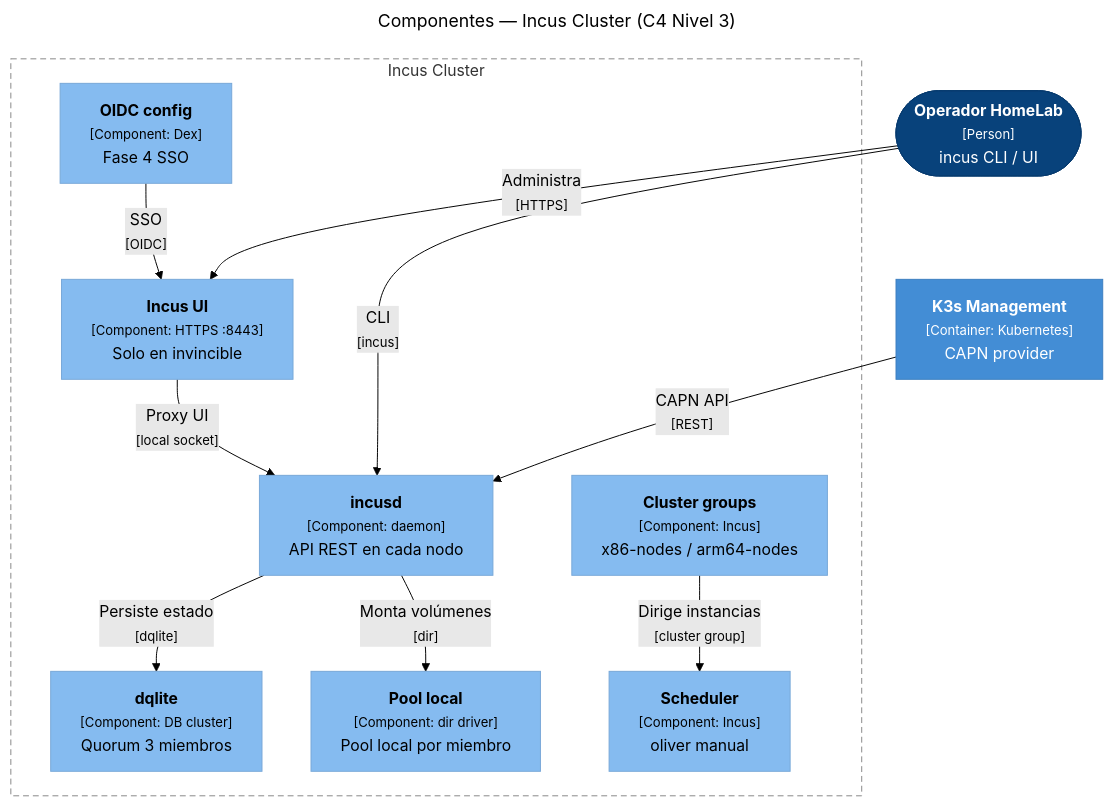
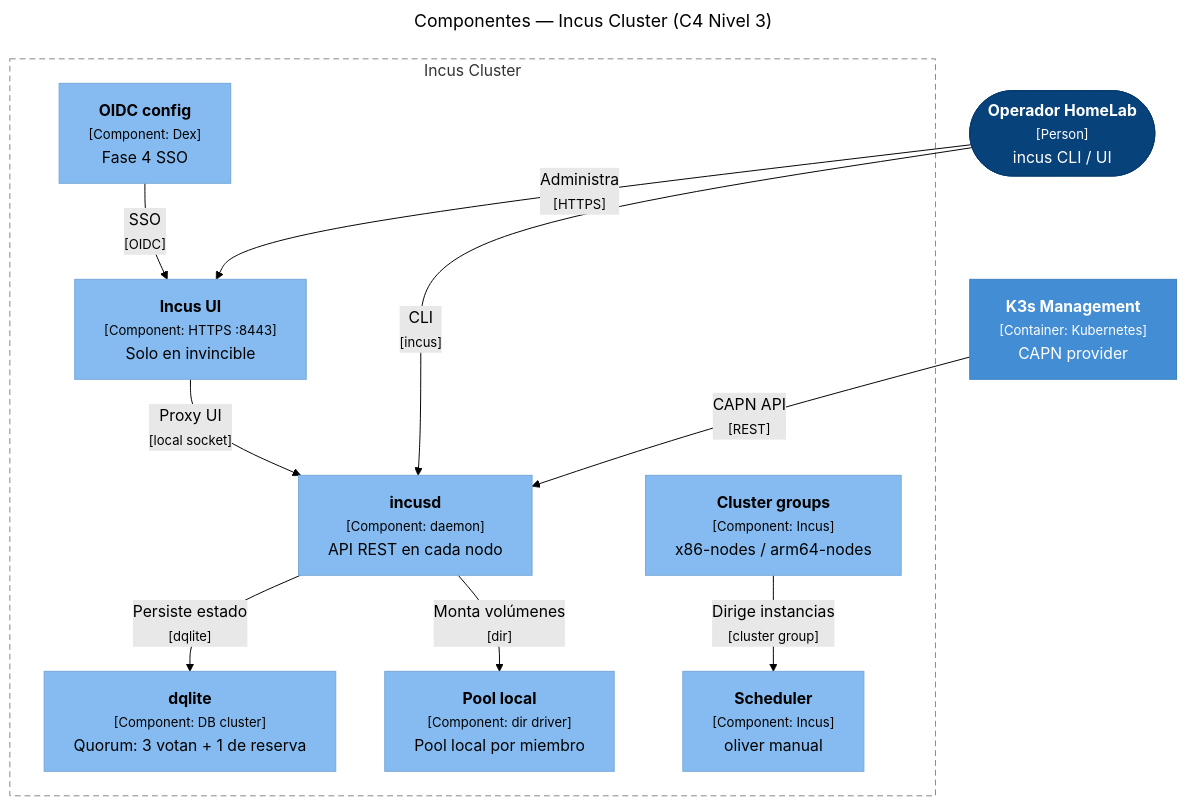
The second of 6 diagrams in docs/architecture/nivel-3-componentes.en.md (maceosoft/homelab), drawn with Mermaid (forest theme) before and after one commit. The commit also changed other lines of this file and 161 other files, not shown here.

````diff
--- a/docs/architecture/nivel-3-componentes.en.md
+++ b/docs/architecture/nivel-3-componentes.en.md
@@ -78,39 +72,39 @@
 ```mermaid
 ---
 title: Componentes — Incus Cluster (C4 Nivel 3)
 config:
   flowchart:
     wrappingWidth: 280
 ---
 flowchart TB
     operador(["<span style='color:#fff'><b>Operador HomeLab</b><br/><small>[Person]</small><br/>incus CLI / UI</span>"])
     k3s_mgmt["<span style='color:#fff'><b>K3s Management</b><br/><small>[Container: Kubernetes]</small><br/>CAPN provider</span>"]
     subgraph incus["Incus Cluster"]
-        dqlite["<span style='color:#000'><b>dqlite</b><br/><small>[Component: DB cluster]</small><br/>Quorum 3 miembros</span>"]
+        dqlite["<span style='color:#000'><b>dqlite</b><br/><small>[Component: DB cluster]</small><br/>Quorum: 3 votan + 1 de reserva</span>"]
         incusd["<span style='color:#000'><b>incusd</b><br/><small>[Component: daemon]</small><br/>API REST en cada nodo</span>"]
         storage_pool["<span style='color:#000'><b>Pool local</b><br/><small>[Component: dir driver]</small><br/>Pool local por miembro</span>"]
         groups["<span style='color:#000'><b>Cluster groups</b><br/><small>[Component: Incus]</small><br/>x86-nodes / arm64-nodes</span>"]
         scheduler["<span style='color:#000'><b>Scheduler</b><br/><small>[Component: Incus]</small><br/>oliver manual</span>"]
         incus_ui["<span style='color:#000'><b>Incus UI</b><br/><small>[Component: HTTPS :8443]</small><br/>Solo en invincible</span>"]
         oidc["<span style='color:#000'><b>OIDC config</b><br/><small>[Component: Dex]</small><br/>Fase 4 SSO</span>"]
     end
 
     operador -->|"Administra<br/><small>[HTTPS]</small>"| incus_ui
     operador -->|"CLI<br/><small>[incus]</small>"| incusd
     k3s_mgmt -->|"CAPN API<br/><small>[REST]</small>"| incusd
     incusd -->|"Persiste estado<br/><small>[dqlite]</small>"| dqlite
     incusd -->|"Monta volúmenes<br/><small>[dir]</small>"| storage_pool
     groups -->|"Dirige instancias<br/><small>[cluster group]</small>"| scheduler
     incus_ui -->|"Proxy UI<br/><small>[local socket]</small>"| incusd
     oidc -->|"SSO<br/><small>[OIDC]</small>"| incus_ui
 
     classDef person fill:#08427B,stroke:#073B6F,color:#fff
     classDef system fill:#1168BD,stroke:#0B4884,color:#fff
     classDef container fill:#438DD5,stroke:#3C7FC0,color:#fff
     classDef component fill:#85BBF0,stroke:#78A8D8,color:#000
     classDef external fill:#999999,stroke:#8A8A8A,color:#fff
     class operador person
     class k3s_mgmt container
     class dqlite,incusd,storage_pool,groups,scheduler,incus_ui,oidc component
     style incus fill:none,stroke:#888,stroke-dasharray:6 4
 ```
````
